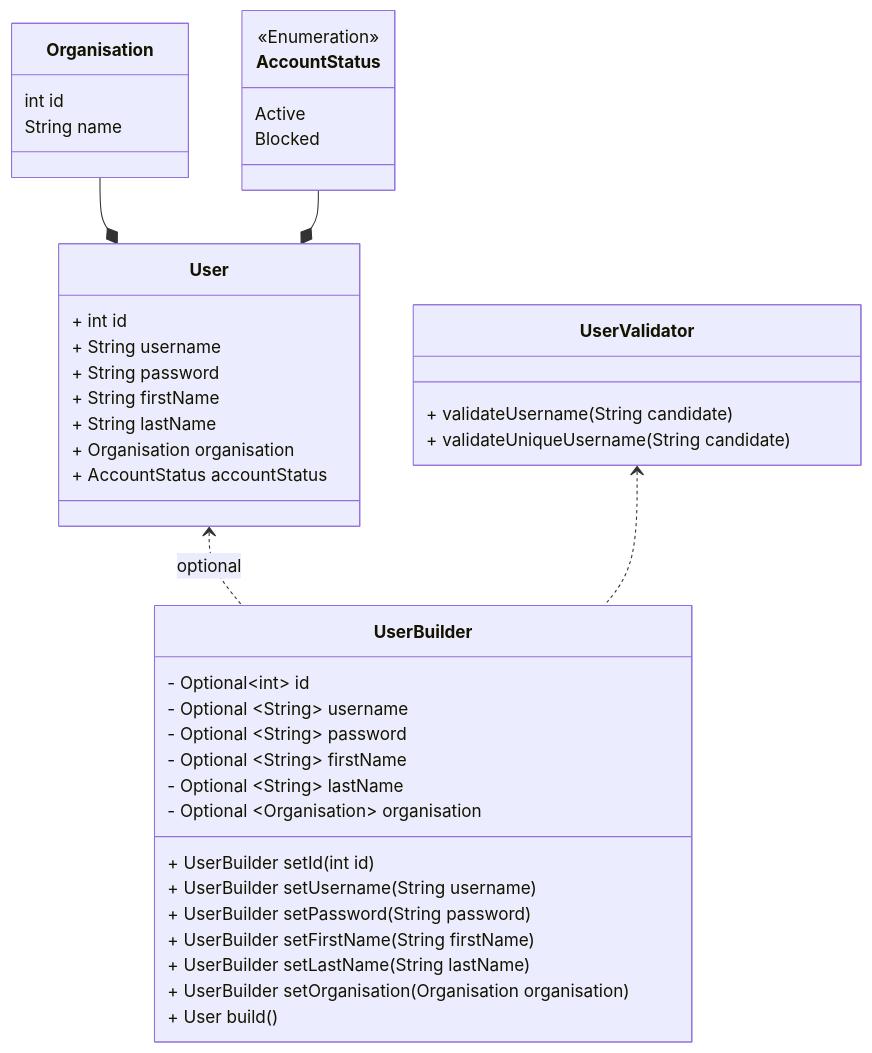
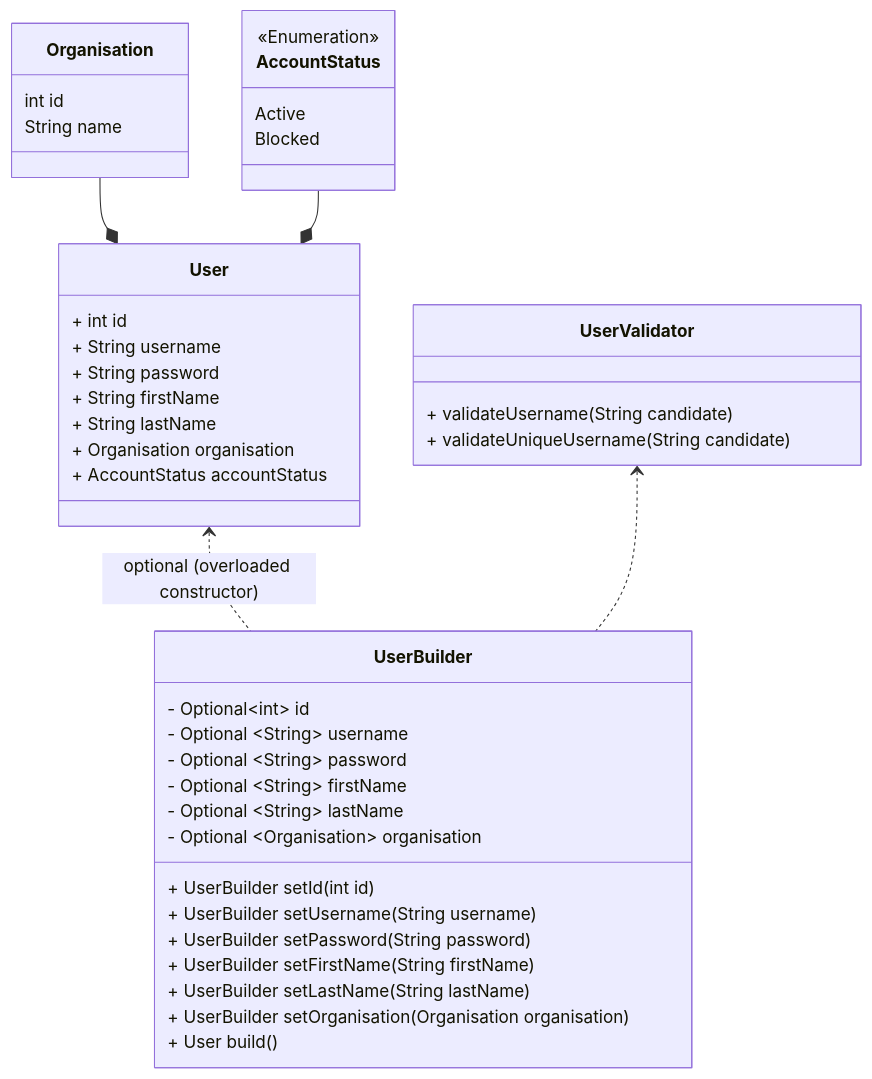
The first of 3 diagrams in docs/class.md (grancalavera/auction-house), drawn with Mermaid before and after one commit. The commit also changed other lines of this file and 19 other files, not shown here.

````diff
--- a/docs/class.md
+++ b/docs/class.md
@@ -12,62 +12,62 @@
 ```mermaid
 
 classDiagram
 
 %% I want the constructor of this class to be private and visible only
 %% to UserBuilder, so that it is not possible to make invalid users.
 %% maybe make this immutable (but why?)
 class User {
   + int id
   + String username
   + String password
   + String firstName
   + String lastName
   + Organisation organisation
   + AccountStatus accountStatus
 }
 
 class AccountStatus {
   <<Enumeration>>
   Active
   Blocked
 }
 
 class Organisation {
   int id
   String name
 }
 
 %% This may have two constructors
 %% empty: no values and requires full validation
 %% from user: takes an user as an argument
 class UserBuilder {
   - Optional~int~ id
   - Optional ~String~ username
   - Optional ~String~ password
   - Optional ~String~ firstName
   - Optional ~String~ lastName
   - Optional ~Organisation~ organisation
 
   %% maybe the builder shouldn't have an id
   %% or make the id required in the builder constructor?
   + UserBuilder setId(int id)
   + UserBuilder setUsername(String username)
   + UserBuilder setPassword(String password)
   + UserBuilder setFirstName(String firstName)
   + UserBuilder setLastName(String lastName)
   + UserBuilder setOrganisation(Organisation organisation)
   %% throws if user validation fails
   + User build()
 }
 
 class UserValidator {
   + validateUsername(String candidate)
   + validateUniqueUsername(String candidate)
 }
 
 Organisation --* User
 AccountStatus --* User
 
-User <.. UserBuilder: optional
+User <.. UserBuilder: optional (overloaded constructor)
 UserValidator <.. UserBuilder
 ```
````
